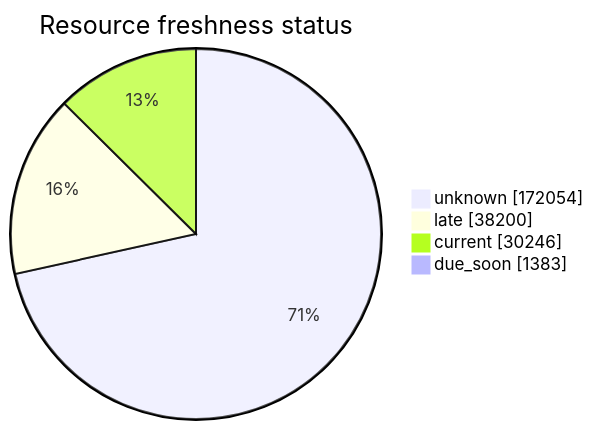
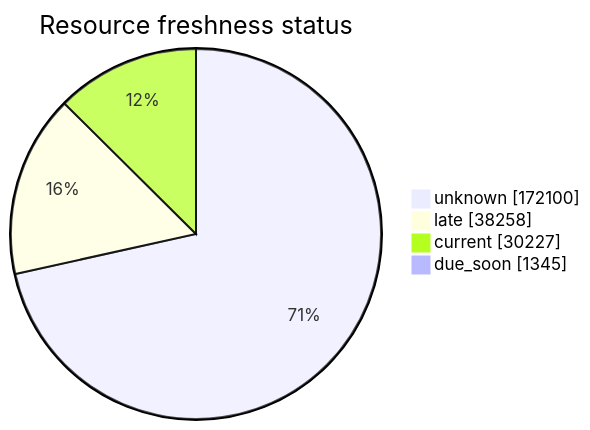
One commit to open-data/analytics-corporate-reporting changed the third of 5 diagrams in FreshCheck/README.md. Above: the diagram before and after it, drawn with Mermaid. The commit also changed other lines of this file and 3 other files, not shown here.

````diff
--- a/FreshCheck/README.md
+++ b/FreshCheck/README.md
@@ -77,7 +77,7 @@
 ```mermaid
 pie showData title Resource freshness status
-    "unknown": 172054
-    "late": 38200
-    "current": 30246
-    "due_soon": 1383
+    "unknown": 172100
+    "late": 38258
+    "current": 30227
+    "due_soon": 1345
 ```
````
